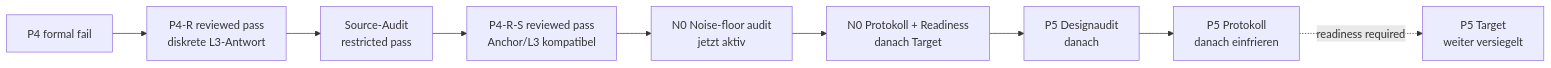
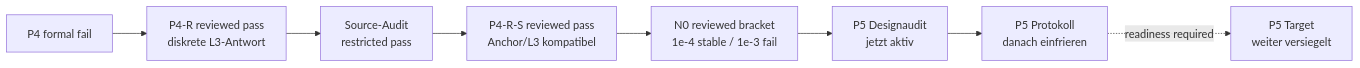
One commit to MemoryDynamics/Knoten changed the diagram in docs/status/project_priorities.md. Above: the diagram before and after it, drawn with Mermaid. The commit also changed other lines of this file and 9 other files, not shown here.

````diff
--- a/docs/status/project_priorities.md
+++ b/docs/status/project_priorities.md
@@ -26,14 +27,13 @@
 ```mermaid
 flowchart LR
     p4["P4 formal fail"]
     p4r["P4-R reviewed pass<br/>diskrete L3-Antwort"]
     source["Source-Audit<br/>restricted pass"]
     p4rs["P4-R-S reviewed pass<br/>Anchor/L3 kompatibel"]
-    n0d["N0 Noise-floor audit<br/>jetzt aktiv"]
-    n0p["N0 Protokoll + Readiness<br/>danach Target"]
-    p5d["P5 Designaudit<br/>danach"]
+    n0["N0 reviewed bracket<br/>1e-4 stable / 1e-3 fail"]
+    p5d["P5 Designaudit<br/>jetzt aktiv"]
     p5p["P5 Protokoll<br/>danach einfrieren"]
     p5t["P5 Target<br/>weiter versiegelt"]
 
-    p4 --> p4r --> source --> p4rs --> n0d --> n0p --> p5d --> p5p -. readiness required .-> p5t
+    p4 --> p4r --> source --> p4rs --> n0 --> p5d --> p5p -. readiness required .-> p5t
 ```
````
